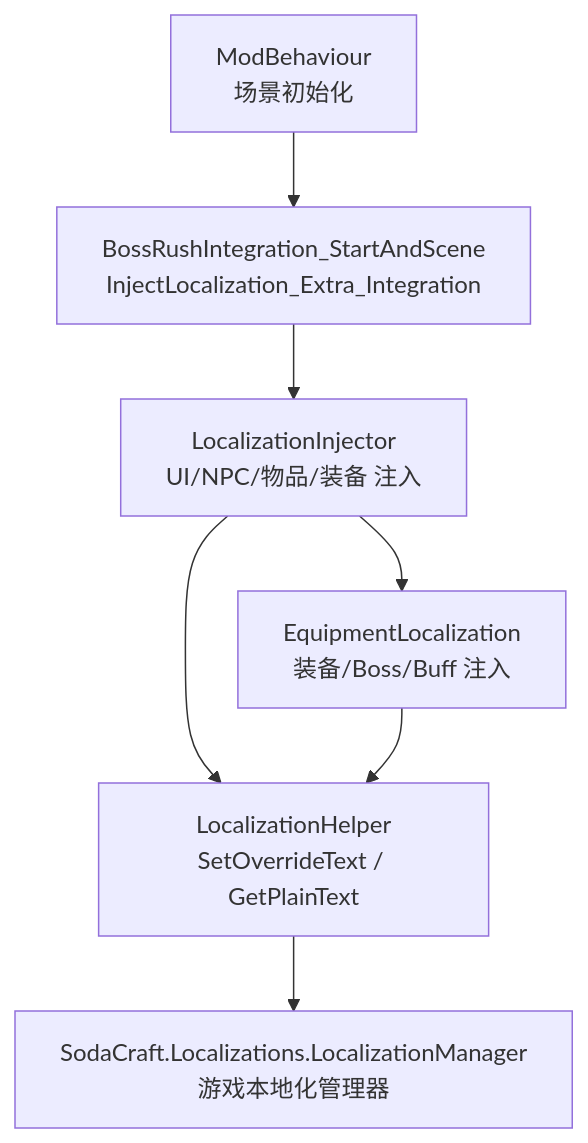
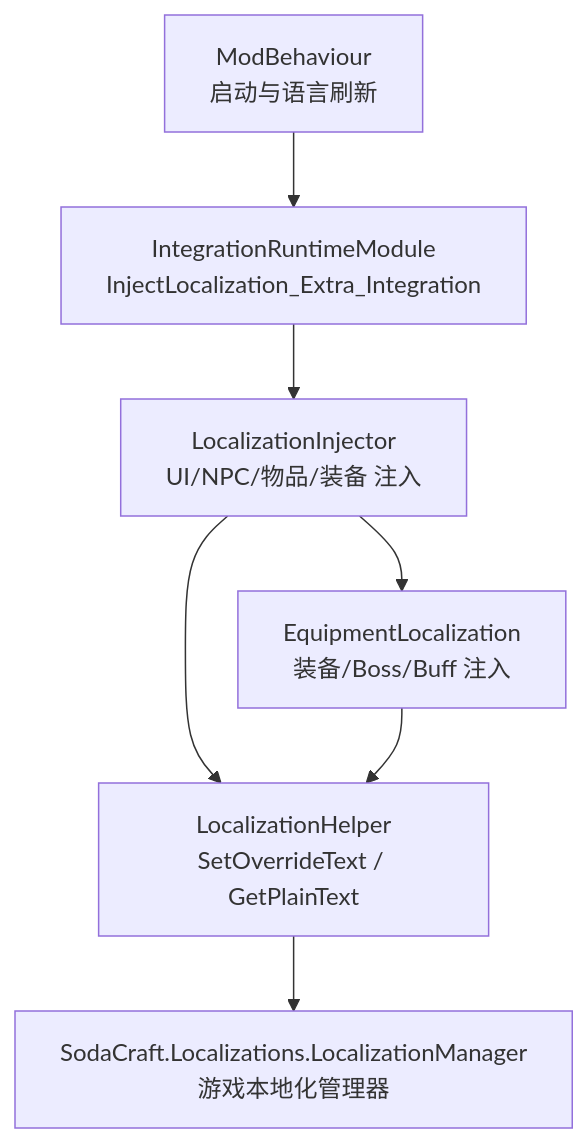
One commit to GASEN1216/BossRushMod changed the first of 9 diagrams in .qoder/repowiki/zh/content/用户界面与本地化/本地化系统.md. Above: the diagram before and after it, drawn with Mermaid. The commit also changed other lines of this file and 48 other files, not shown here.

````diff
--- a/.qoder/repowiki/zh/content/用户界面与本地化/本地化系统.md
+++ b/.qoder/repowiki/zh/content/用户界面与本地化/本地化系统.md
@@ -41,9 +42,9 @@
 ```mermaid
 graph TB
-A["ModBehaviour<br/>场景初始化"] --> B["BossRushIntegration_StartAndScene<br/>InjectLocalization_Extra_Integration"]
+A["ModBehaviour<br/>启动与语言刷新"] --> B["IntegrationRuntimeModule<br/>InjectLocalization_Extra_Integration"]
 B --> C["LocalizationInjector<br/>UI/NPC/物品/装备 注入"]
 C --> D["LocalizationHelper<br/>SetOverrideText / GetPlainText"]
 D --> E["SodaCraft.Localizations.LocalizationManager<br/>游戏本地化管理器"]
 C --> F["EquipmentLocalization<br/>装备/Boss/Buff 注入"]
 F --> D
 ```
````
